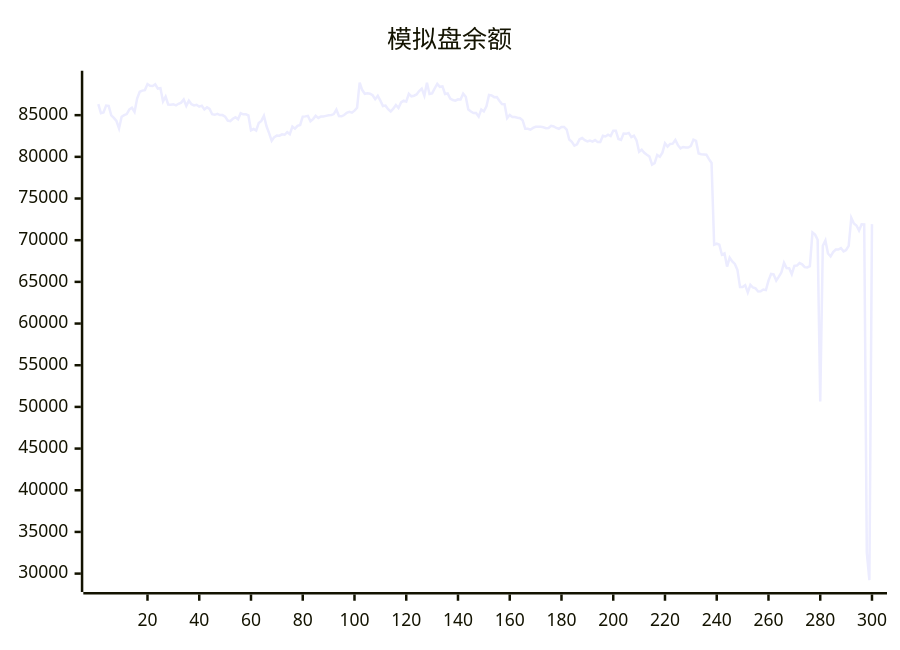
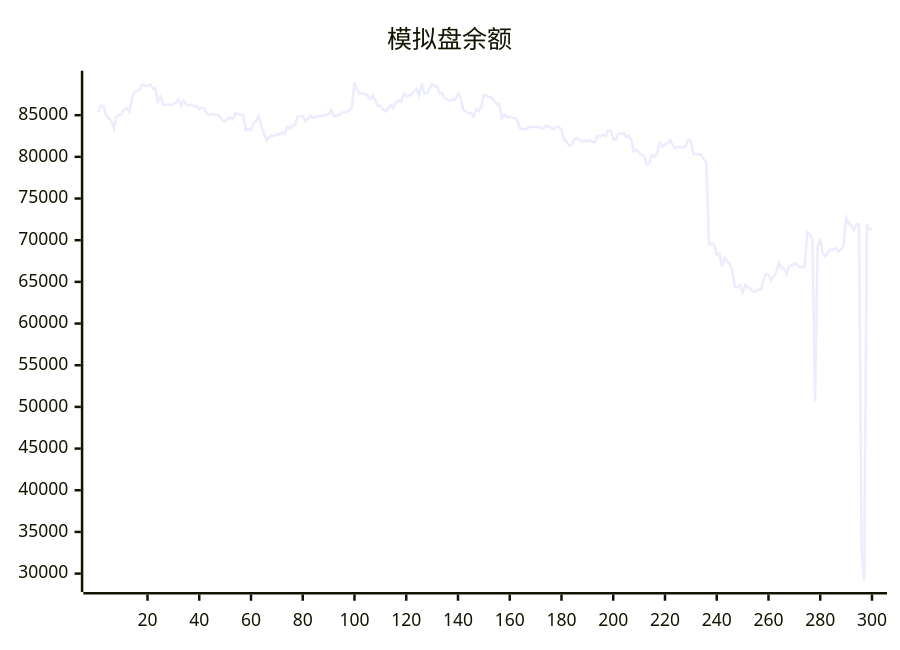
Before and after one commit to aahl/ai-trading: the diagram in README.md, drawn with Mermaid. The commit also changed other lines of this file and 1 other file, not shown here.

````diff
--- a/README.md
+++ b/README.md
@@ -5,5 +5,5 @@
 ```mermaid
 xychart
     title "模拟盘余额"
-    line [86317,85242,85334,86149,86106,84968,84671,84302,83410,84816,85001,85127,85693,85891,85384,87001,87811,87945,88007,88734,88528,88495,88705,88189,88248,86662,87234,86279,86251,86314,86177,86364,86503,86886,86114,86731,86310,86176,86240,86017,86136,85685,85938,85749,85111,85044,85164,85016,85008,84824,84354,84287,84572,84745,84500,85234,85096,85095,84970,83180,83338,83157,84070,84309,84922,83667,82850,81924,82369,82552,82539,82695,82648,82962,82728,83619,83378,83710,83825,84819,84854,84917,84265,84527,84919,84668,84834,84850,84916,84981,85004,85131,85674,84891,84864,85019,85284,85393,85294,85538,85894,88904,88012,87567,87625,87568,87386,86920,87313,86737,86094,86143,85725,85437,85787,86219,85859,86526,86740,86630,87563,87264,87335,87483,87886,88180,87335,88894,87544,87608,88207,88755,88401,88444,87543,87608,87000,86810,86740,86894,86884,87576,87209,85686,85435,85251,85255,84820,85689,85453,86066,87420,87373,87161,87178,86740,86341,86315,84643,85012,84772,84768,84690,84635,84376,83360,83357,83259,83474,83608,83606,83602,83548,83440,83454,83724,83644,83464,83365,83590,83592,83275,82072,81806,81344,81492,82109,82254,82006,81848,81955,81829,82022,81769,81776,82522,82441,82656,82498,83144,83144,82150,82038,82797,82763,82872,82367,82536,81981,80612,80862,80484,80242,80034,79063,79245,80226,80016,80507,81625,81233,81544,81578,82016,81401,81019,81186,81130,81118,81306,82066,81909,80392,80304,80291,80258,79729,79261,69466,69579,69456,68251,68415,66832,67911,67462,67144,66432,64380,64375,64606,63740,64647,64324,64216,63842,63877,64078,64008,65156,65945,65888,65157,65625,66144,67284,66653,66639,65924,66925,66956,67263,67108,66766,66729,66886,70927,70673,70049,50652,69334,69973,68400,68061,68578,68876,68879,69055,68662,68822,69329,72687,71999,71760,71162,71911,71896,32500,29218,71927]
+    line [85334,86149,86106,84968,84671,84302,83410,84816,85001,85127,85693,85891,85384,87001,87811,87945,88007,88734,88528,88495,88705,88189,88248,86662,87234,86279,86251,86314,86177,86364,86503,86886,86114,86731,86310,86176,86240,86017,86136,85685,85938,85749,85111,85044,85164,85016,85008,84824,84354,84287,84572,84745,84500,85234,85096,85095,84970,83180,83338,83157,84070,84309,84922,83667,82850,81924,82369,82552,82539,82695,82648,82962,82728,83619,83378,83710,83825,84819,84854,84917,84265,84527,84919,84668,84834,84850,84916,84981,85004,85131,85674,84891,84864,85019,85284,85393,85294,85538,85894,88904,88012,87567,87625,87568,87386,86920,87313,86737,86094,86143,85725,85437,85787,86219,85859,86526,86740,86630,87563,87264,87335,87483,87886,88180,87335,88894,87544,87608,88207,88755,88401,88444,87543,87608,87000,86810,86740,86894,86884,87576,87209,85686,85435,85251,85255,84820,85689,85453,86066,87420,87373,87161,87178,86740,86341,86315,84643,85012,84772,84768,84690,84635,84376,83360,83357,83259,83474,83608,83606,83602,83548,83440,83454,83724,83644,83464,83365,83590,83592,83275,82072,81806,81344,81492,82109,82254,82006,81848,81955,81829,82022,81769,81776,82522,82441,82656,82498,83144,83144,82150,82038,82797,82763,82872,82367,82536,81981,80612,80862,80484,80242,80034,79063,79245,80226,80016,80507,81625,81233,81544,81578,82016,81401,81019,81186,81130,81118,81306,82066,81909,80392,80304,80291,80258,79729,79261,69466,69579,69456,68251,68415,66832,67911,67462,67144,66432,64380,64375,64606,63740,64647,64324,64216,63842,63877,64078,64008,65156,65945,65888,65157,65625,66144,67284,66653,66639,65924,66925,66956,67263,67108,66766,66729,66886,70927,70673,70049,50652,69334,69973,68400,68061,68578,68876,68879,69055,68662,68822,69329,72687,71999,71760,71162,71911,71896,32500,29218,71927,71297,71305]
 ```
````
